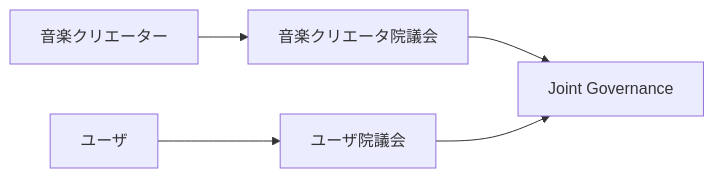
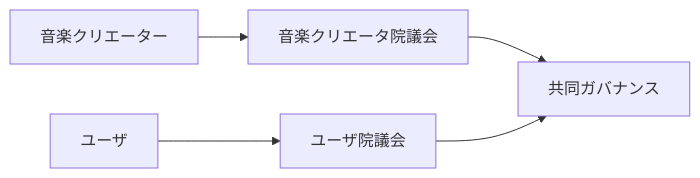
Before and after one commit to ShigeichiroYamasaki/creator-first-platform: the eighth of 17 diagrams in docs/whitepaper/01-vision.md, drawn with Mermaid. The commit also changed other lines of this file and 72 other files, not shown here.

````diff
--- a/docs/whitepaper/01-vision.md
+++ b/docs/whitepaper/01-vision.md
@@ -212,14 +212,14 @@
 ```mermaid
 flowchart LR
     C[音楽クリエーター]
     CH[音楽クリエータ院議会]
 
     U[ユーザ]
     UH[ユーザ院議会]
 
     C --> CH
     U --> UH
 
-    CH --> JOINT[Joint Governance]
+    CH --> JOINT[共同ガバナンス]
     UH --> JOINT
 ```
````
